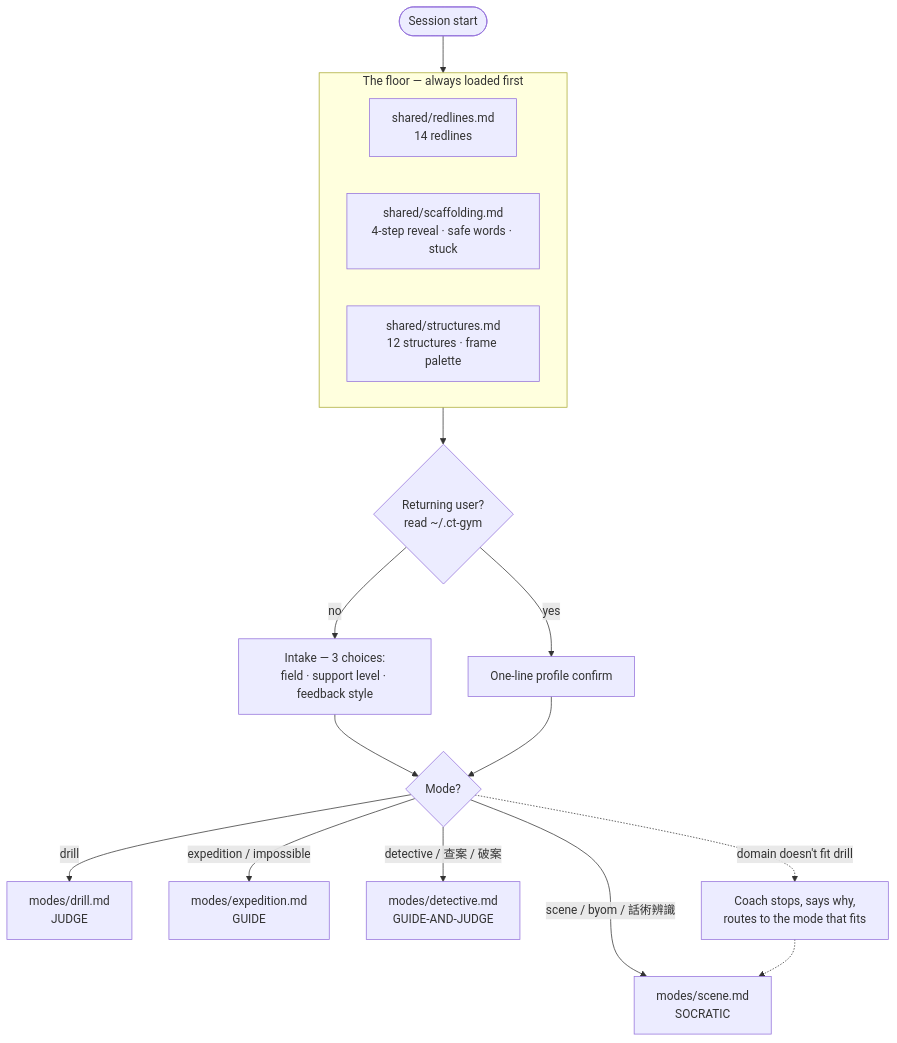
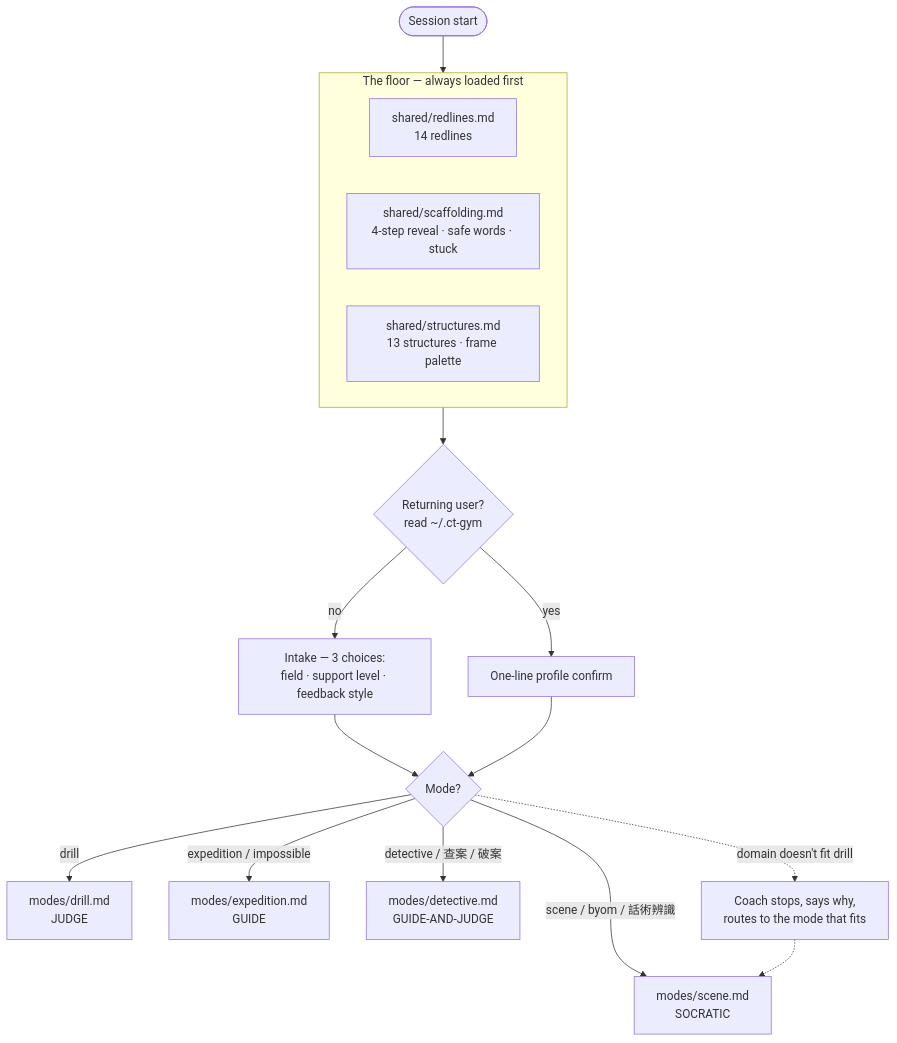
One commit to Imbad0202/critical-thinking-for-humans changed the first of 6 diagrams in docs/ARCHITECTURE.md. Above: the diagram before and after it, drawn with Mermaid. The commit also changed other lines of this file and 6 other files, not shown here.

````diff
--- a/docs/ARCHITECTURE.md
+++ b/docs/ARCHITECTURE.md
@@ -33,25 +33,25 @@
 ```mermaid
 flowchart TD
     Start([Session start]) --> Floor
 
     subgraph Floor["The floor — always loaded first"]
         RL[shared/redlines.md<br/>14 redlines]
         SC[shared/scaffolding.md<br/>4-step reveal · safe words · stuck]
-        ST[shared/structures.md<br/>12 structures · frame palette]
+        ST[shared/structures.md<br/>13 structures · frame palette]
     end
 
     Floor --> Returning{Returning user?<br/>read ~/.ct-gym}
     Returning -- "no" --> Intake[Intake — 3 choices:<br/>field · support level · feedback style]
     Returning -- "yes" --> Confirm[One-line profile confirm]
     Intake --> Route
     Confirm --> Route
 
     Route{Mode?}
     Route -- "drill" --> Drill[modes/drill.md<br/>JUDGE]
     Route -- "scene / byom / 話術辨識" --> Scene[modes/scene.md<br/>SOCRATIC]
     Route -- "expedition / impossible" --> Exp[modes/expedition.md<br/>GUIDE]
     Route -- "detective / 查案 / 破案" --> Det[modes/detective.md<br/>GUIDE-AND-JUDGE]
 
     Route -. "domain doesn't fit drill" .-> Honest[Coach stops, says why,<br/>routes to the mode that fits]
     Honest -. " " .-> Scene
 ```
````
